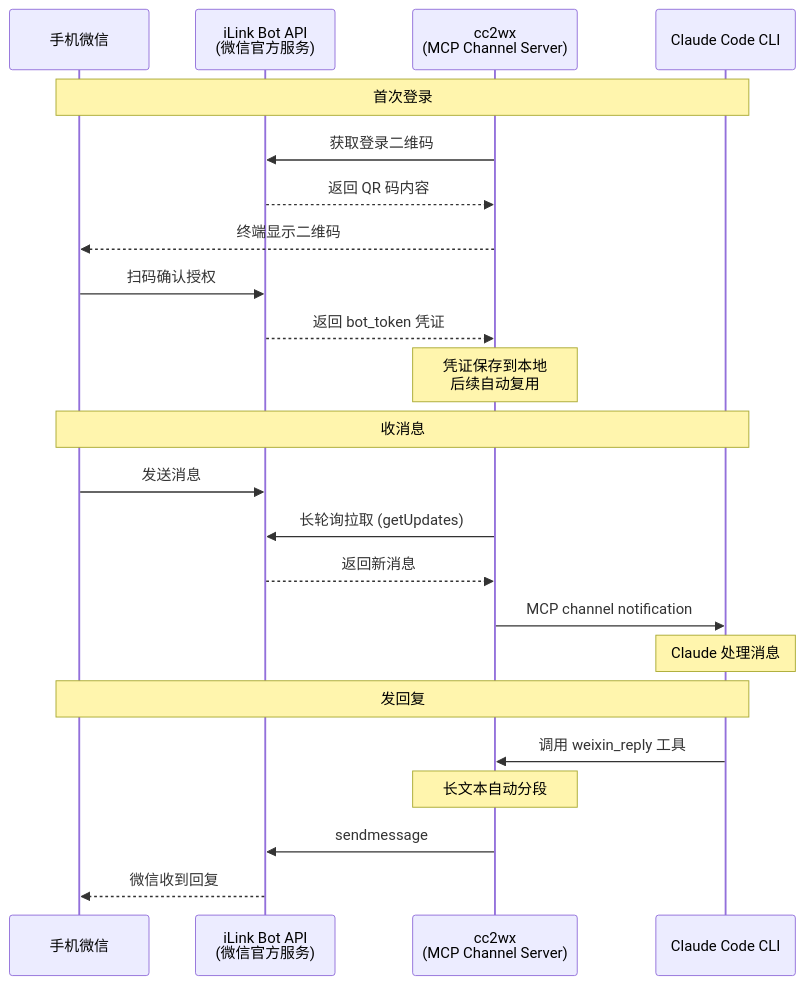
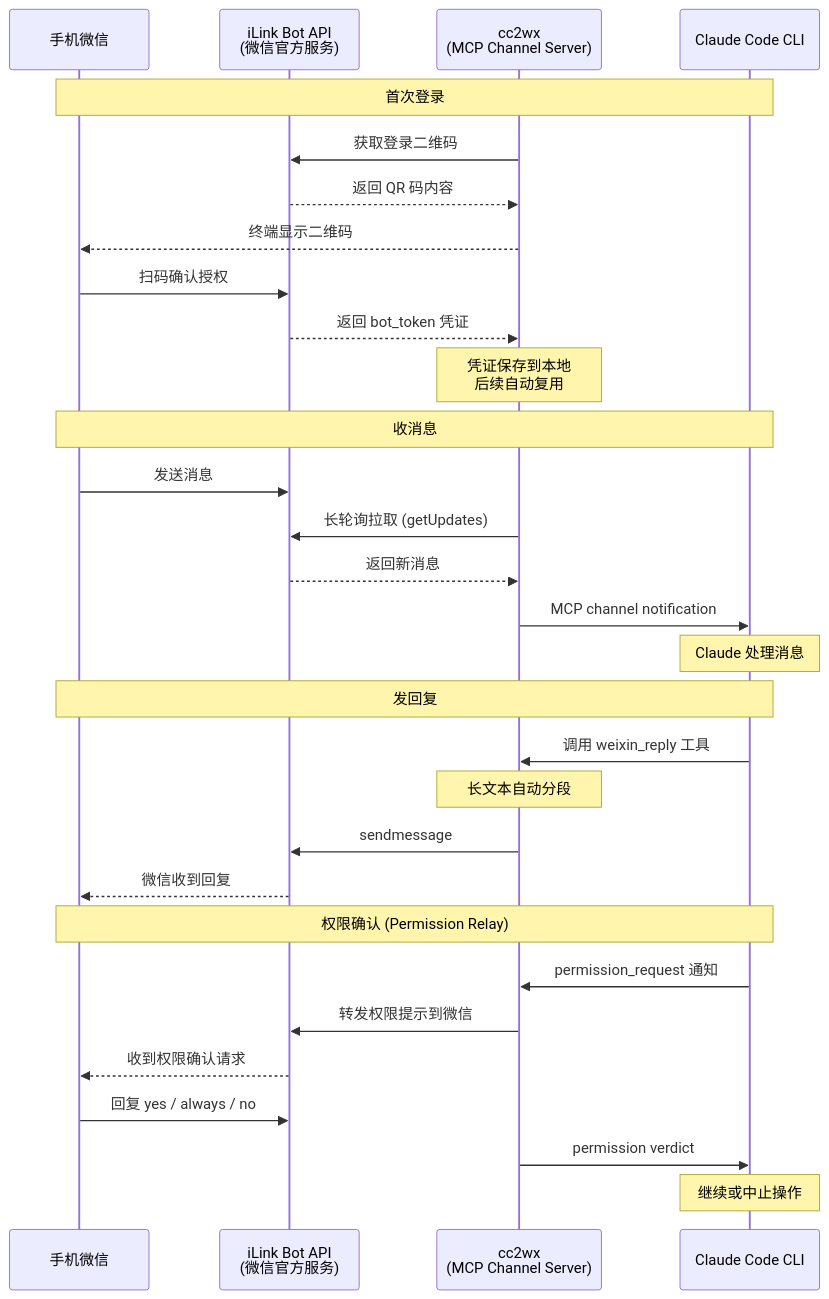
One commit to roxorlt/cc2wx changed the first of 2 diagrams in README.md. Above: the diagram before and after it, drawn with Mermaid. The commit also changed other lines of this file and 6 other files, not shown here.

First line of the commit message:
Add permission relay, always-allow list, and DingTalk channel

````diff
--- a/README.md
+++ b/README.md
@@ -22,28 +22,36 @@
 ```mermaid
 sequenceDiagram
     participant W as 手机微信
     participant API as iLink Bot API<br/>(微信官方服务)
     participant C as cc2wx<br/>(MCP Channel Server)
     participant CC as Claude Code CLI
 
     Note over W,CC: 首次登录
     C->>API: 获取登录二维码
     API-->>C: 返回 QR 码内容
     C-->>W: 终端显示二维码
     W->>API: 扫码确认授权
     API-->>C: 返回 bot_token 凭证
     Note over C: 凭证保存到本地<br/>后续自动复用
 
     Note over W,CC: 收消息
     W->>API: 发送消息
     C->>API: 长轮询拉取 (getUpdates)
     API-->>C: 返回新消息
     C->>CC: MCP channel notification
     Note over CC: Claude 处理消息
 
     Note over W,CC: 发回复
     CC->>C: 调用 weixin_reply 工具
     Note over C: 长文本自动分段
     C->>API: sendmessage
     API-->>W: 微信收到回复
+
+    Note over W,CC: 权限确认 (Permission Relay)
+    CC->>C: permission_request 通知
+    C->>API: 转发权限提示到微信
+    API-->>W: 收到权限确认请求
+    W->>API: 回复 yes / always / no
+    C->>CC: permission verdict
+    Note over CC: 继续或中止操作
 ```
````
